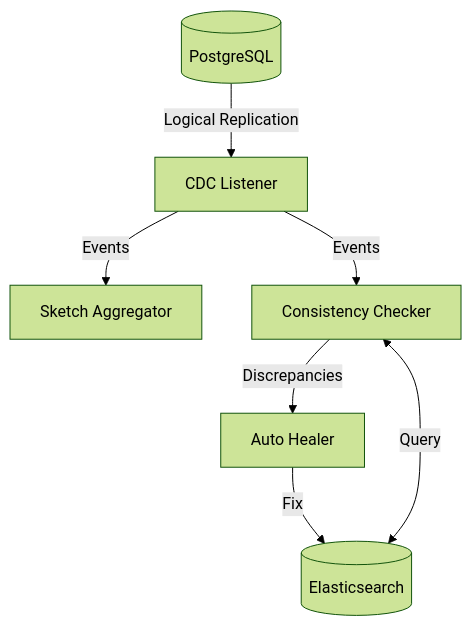
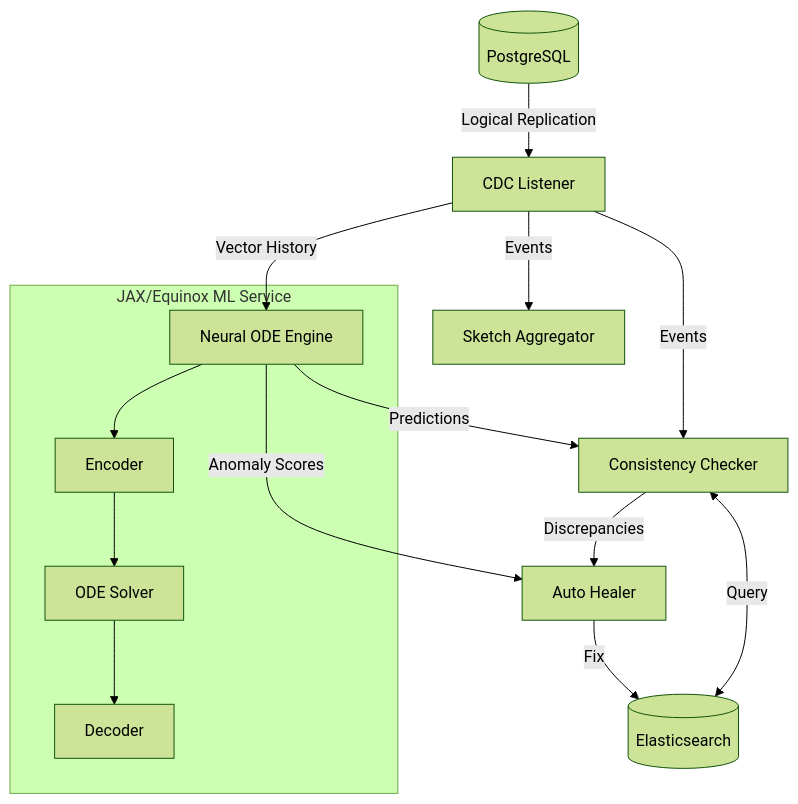
One commit to 112Hunter112/ElasticQuantization changed the second of 2 diagrams in README.md. Above: the diagram before and after it, drawn with Mermaid (forest theme). The commit also changed other lines of this file and 1 other file, not shown here.

````diff
--- a/README.md
+++ b/README.md
@@ -142,9 +183,22 @@
 ```mermaid
 graph TD
     PG[(PostgreSQL)] -->|Logical Replication| CDC[CDC Listener]
     CDC -->|Events| Sketch[Sketch Aggregator]
     CDC -->|Events| Checker[Consistency Checker]
+    CDC -->|Vector History| NODE[Neural ODE Engine]
+    NODE -->|Predictions| Checker
+    NODE -->|Anomaly Scores| Healer
     ES[(Elasticsearch)] <-->|Query| Checker
     Checker -->|Discrepancies| Healer[Auto Healer]
     Healer -->|Fix| ES
+    
+    subgraph ML_Service[JAX/Equinox ML Service]
+        NODE
+        ODE[ODE Solver]
+        ENC[Encoder]
+        DEC[Decoder]
+        NODE --> ENC
+        ENC --> ODE
+        ODE --> DEC
+    end
 ```
````
